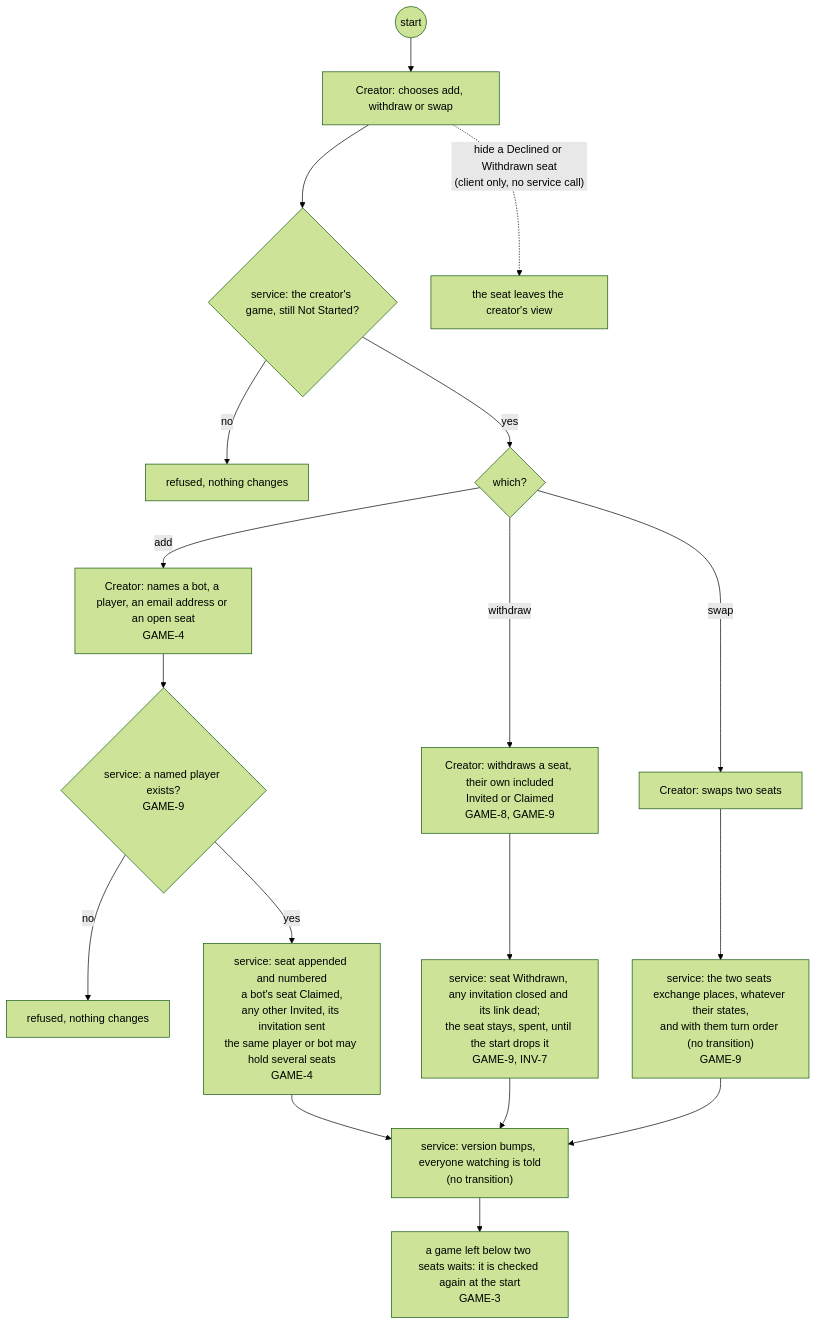
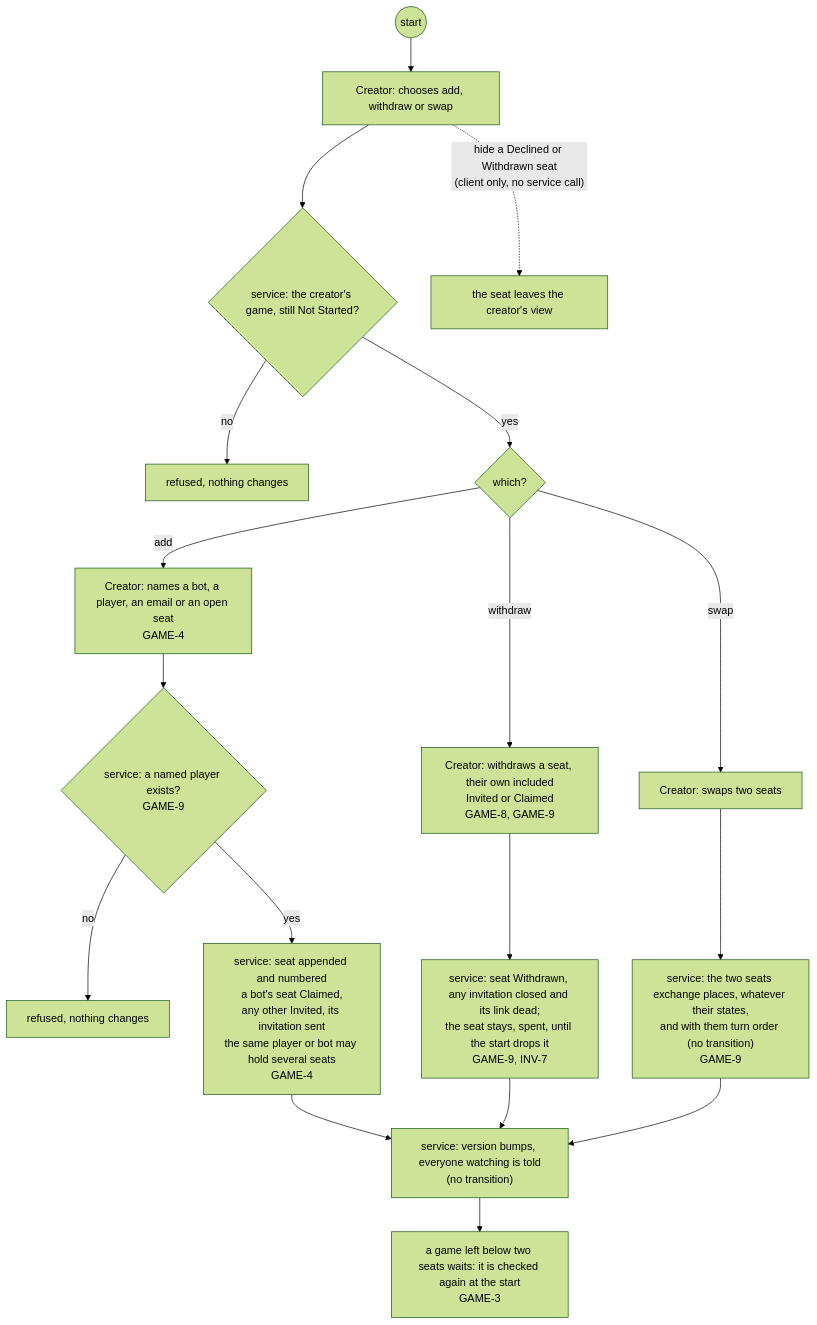
One commit to delphside/programme changed the ninth of 29 diagrams in docs/changes/workstreams/application-game-architecture/71-one-game-model/71-functional.md. Above: the diagram before and after it, drawn with Mermaid (forest theme). The commit also changed other lines of this file, not shown here.

First line of the commit message:
app 0.9.2 api 2.16: 71: "email" rather than "address" or "email address"

````diff
--- a/docs/changes/workstreams/application-game-architecture/71-one-game-model/71-functional.md
+++ b/docs/changes/workstreams/application-game-architecture/71-one-game-model/71-functional.md
@@ -207,20 +207,20 @@
 ```mermaid
 flowchart TD
   s0((start)) --> c1["Creator: chooses add, withdraw or swap"]
   c1 --> v1{"service: the creator's game, still Not Started?"}
   v1 -- no --> r1["refused, nothing changes"]
   v1 -- yes --> d0{"which?"}
-  d0 -- add --> c2["Creator: names a bot, a player, an email address or an open seat<br/>GAME-4"]
+  d0 -- add --> c2["Creator: names a bot, a player, an email or an open seat<br/>GAME-4"]
   c2 --> v2{"service: a named player exists?<br/>GAME-9"}
   v2 -- no --> r2["refused, nothing changes"]
   v2 -- yes --> t1["service: seat appended and numbered<br/>a bot's seat Claimed,<br/>any other Invited, its invitation sent<br/>the same player or bot may hold several seats<br/>GAME-4"]
   c1 -. "hide a Declined or Withdrawn seat<br/>(client only, no service call)" .-> h1["the seat leaves the creator's view"]
   d0 -- withdraw --> c3["Creator: withdraws a seat, their own included<br/>Invited or Claimed<br/>GAME-8, GAME-9"]
   c3 --> t2["service: seat Withdrawn, any invitation closed and its link dead;<br/>the seat stays, spent, until the start drops it<br/>GAME-9, INV-7"]
   d0 -- swap --> c4["Creator: swaps two seats"]
   c4 --> t3["service: the two seats exchange places, whatever their states,<br/>and with them turn order (no transition)<br/>GAME-9"]
   t1 --> t4["service: version bumps, everyone watching is told<br/>(no transition)"]
   t2 --> t4
   t3 --> t4
   t4 --> n0["a game left below two seats waits: it is checked again at the start<br/>GAME-3"]
 ```
````
